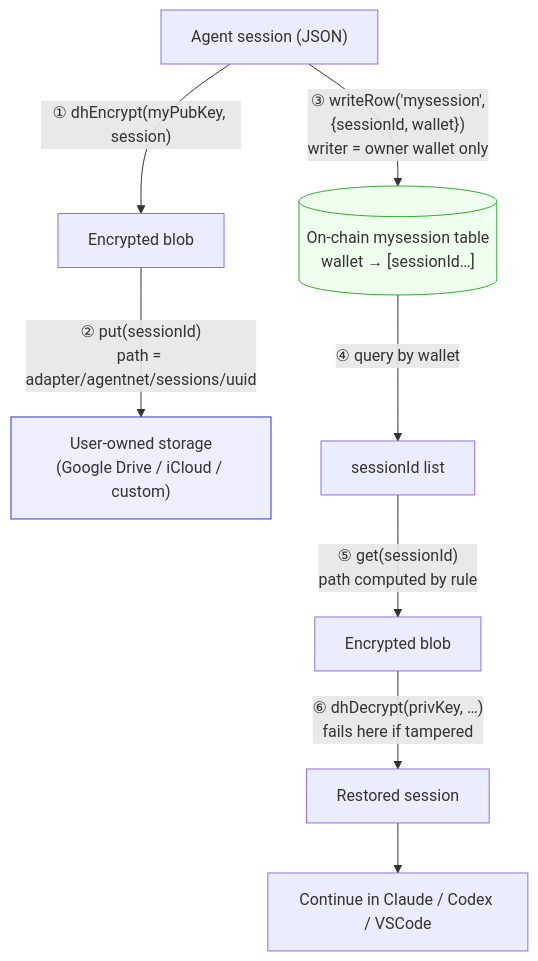
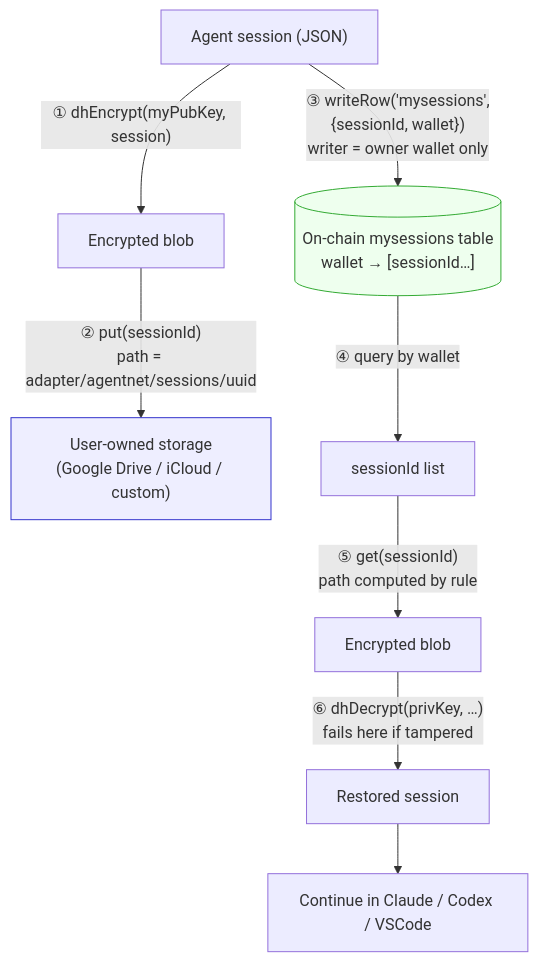
The second of 7 diagrams in plans/offchain-session-sync.md (IQCoreTeam/AgentNet), drawn with Mermaid before and after one commit. The commit also changed other lines of this file and 5 other files, not shown here.

````diff
--- a/plans/offchain-session-sync.md
+++ b/plans/offchain-session-sync.md
@@ -56,15 +56,15 @@
 ```mermaid
 flowchart TB
     S["Agent session (JSON)"]
     S -->|"① dhEncrypt(myPubKey, session)"| E["Encrypted blob"]
     E -->|"② put(sessionId)<br/>path = adapter/agentnet/sessions/uuid"| U["User-owned storage<br/>(Google Drive / iCloud / custom)"]
-    S -->|"③ writeRow('mysession',<br/>{sessionId, wallet})<br/>writer = owner wallet only"| C[("On-chain mysession table<br/>wallet → [sessionId…]")]
+    S -->|"③ writeRow('mysessions',<br/>{sessionId, wallet})<br/>writer = owner wallet only"| C[("On-chain mysessions table<br/>wallet → [sessionId…]")]
 
     C -->|"④ query by wallet"| L["sessionId list"]
     L -->|"⑤ get(sessionId)<br/>path computed by rule"| E2["Encrypted blob"]
     E2 -->|"⑥ dhDecrypt(privKey, …)<br/>fails here if tampered"| R["Restored session"]
     R --> Use["Continue in Claude / Codex / VSCode"]
 
     style C fill:#efe,stroke:#3a3
     style U fill:#eef,stroke:#33c
 ```
````
